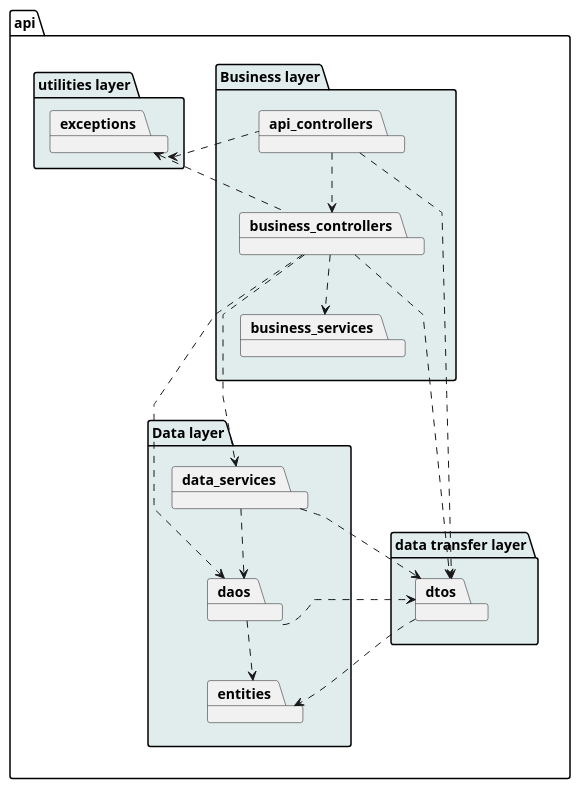
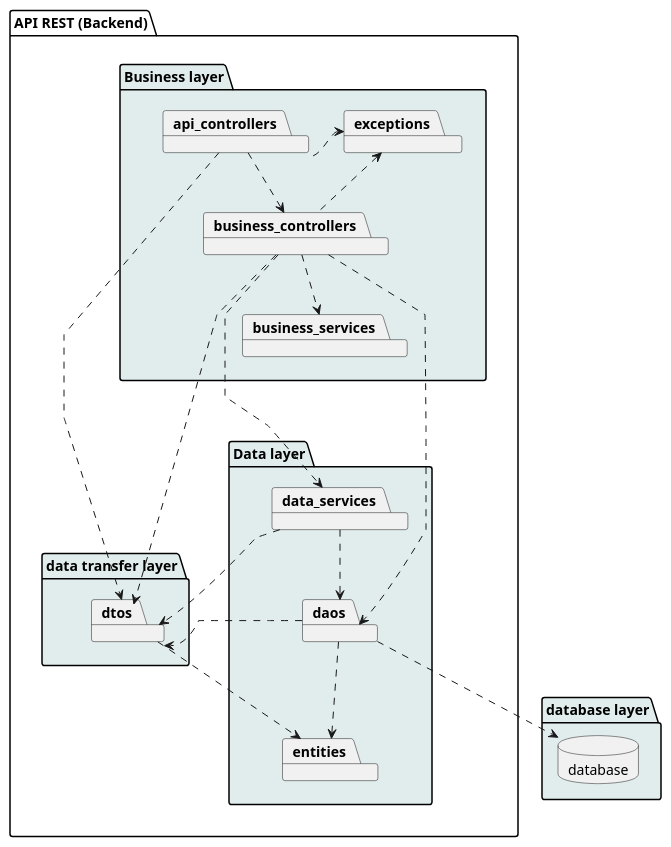
The diagram in documentation/3design/architecture/puml/api-layer-web-architecture-packages.puml (Ruskab/agrimManager), drawn with PlantUML before and after one commit. The commit also changed 9 other files, not shown here.

```diff
--- a/documentation/3design/architecture/puml/api-layer-web-architecture-packages.puml
+++ b/documentation/3design/architecture/puml/api-layer-web-architecture-packages.puml
@@ -1,54 +1,58 @@
 @startuml
 skinparam linetype polyline
 
 
 
-package api {
+package api as "API REST (Backend)" {
 
 package  business_layer as "Business layer" #e1eced  {
     package api_controllers
     package business_controllers
     package business_services
+    package exceptions
+
 }
 
 package data_layer as "Data layer" #e1eced {
     package data_services
     package daos
     package entities
 }
 
 
 
 package dto_layer as "data transfer layer" #e1eced {
     package dtos
 }
 
-package utils_layer as "utilities layer" #e1eced {
-    package exceptions
-}
 
 
 
+}
+
+package database_layer as "database layer" #e1eced {
+database database
 }
 
 business_layer .[hidden].> dto_layer
 data_layer .[hidden].> dto_layer
 business_layer .[hidden]down...> data_layer
 
 
 api_controllers ..> business_controllers
 business_controllers ..> business_services
 business_controllers ..> daos
-business_controllers ..> data_services
+business_controllers ....> data_services
 data_services ..> daos
 daos ..> entities
 
 api_controllers ..> dtos
 business_controllers ..> dtos
 data_services ..> dtos
 daos ..> dtos
 dtos ..> entities
+daos .down.> database
 api_controllers .left.> exceptions
 business_controllers .left.> exceptions
 
 @enduml
```
